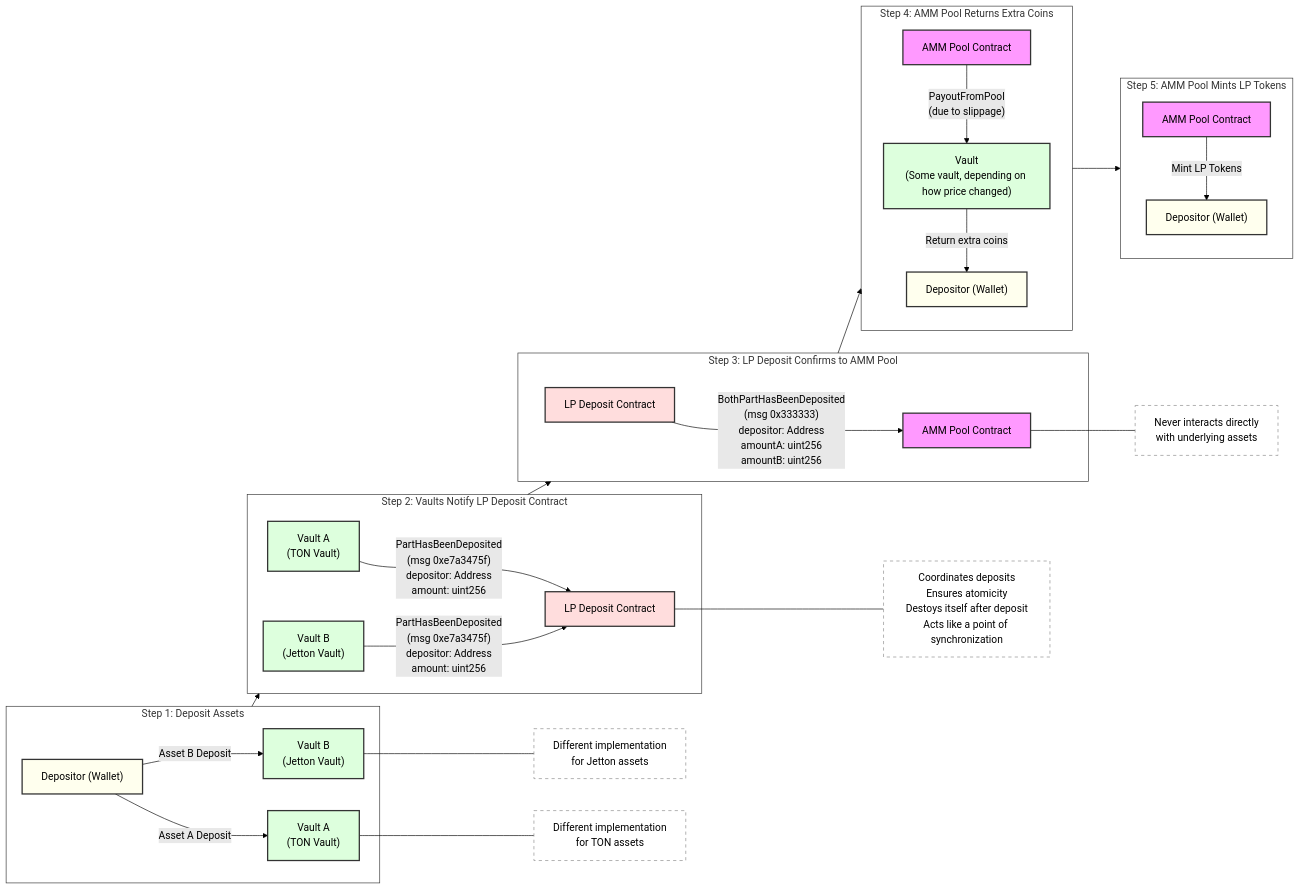
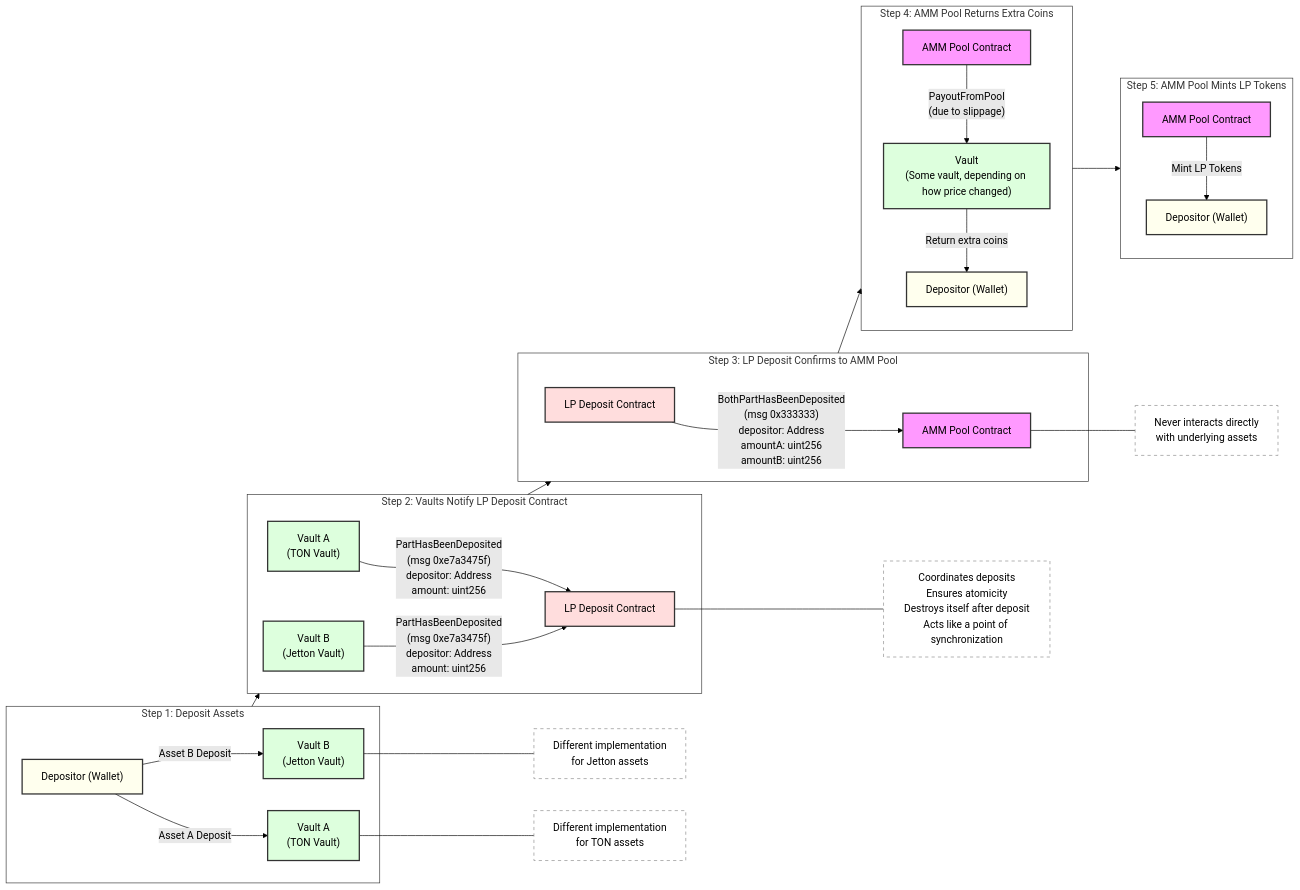
The third of 3 diagrams in README.md (tact-lang/dex), drawn with Mermaid (forest theme) before and after one commit.

```diff
--- a/README.md
+++ b/README.md
@@ -208,7 +208,7 @@
     VaultBNote["Different implementation<br>for Jetton assets"]
     VaultB1 --- VaultBNote
 
-    LPDepositNote["Coordinates deposits<br>Ensures atomicity<br>Destoys itself after deposit<br>Acts like a point of synchronization"]
+    LPDepositNote["Coordinates deposits<br>Ensures atomicity<br>Destroys itself after deposit<br>Acts like a point of synchronization"]
     LPDeposit1 --- LPDepositNote
 
     AMMPoolNote["Never interacts directly<br>with underlying assets"]
```
